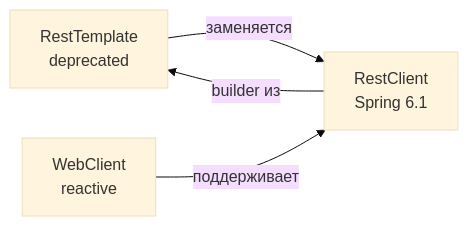
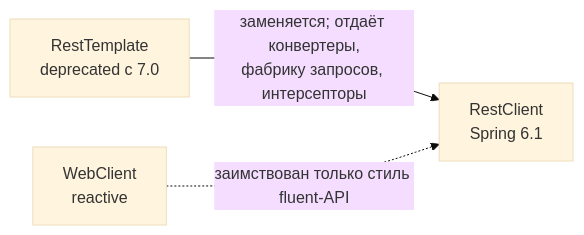
The diagram in cheatsheets/interview/frameworks/spring/spring-rest-client-interview.md (akeverus/cheat-sheet), drawn with Mermaid (base theme) before and after one commit. The commit also changed other lines of this file and 3 other files, not shown here.

````diff
--- a/cheatsheets/interview/frameworks/spring/spring-rest-client-interview.md
+++ b/cheatsheets/interview/frameworks/spring/spring-rest-client-interview.md
@@ -78,6 +78,5 @@
 ```mermaid
 graph LR
-    RT[RestTemplate<br/>deprecated] -->|заменяется| RC[RestClient<br/>Spring 6.1]
-    WC[WebClient<br/>reactive] -->|поддерживает| RC
-    RC -->|builder из| RT
+    RT["RestTemplate<br/>deprecated с 7.0"] -->|"заменяется; отдаёт конвертеры,<br/>фабрику запросов, интерсепторы"| RC["RestClient<br/>Spring 6.1"]
+    WC["WebClient<br/>reactive"] -.->|"заимствован только стиль fluent-API"| RC
 ```
````
